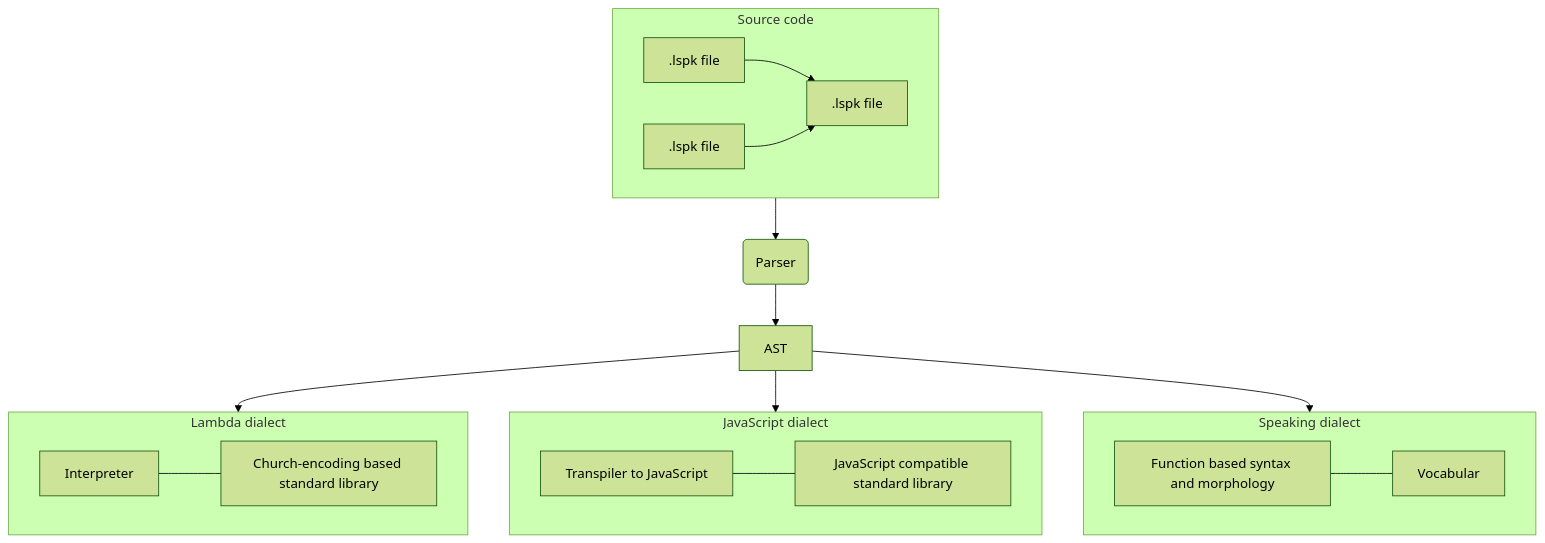
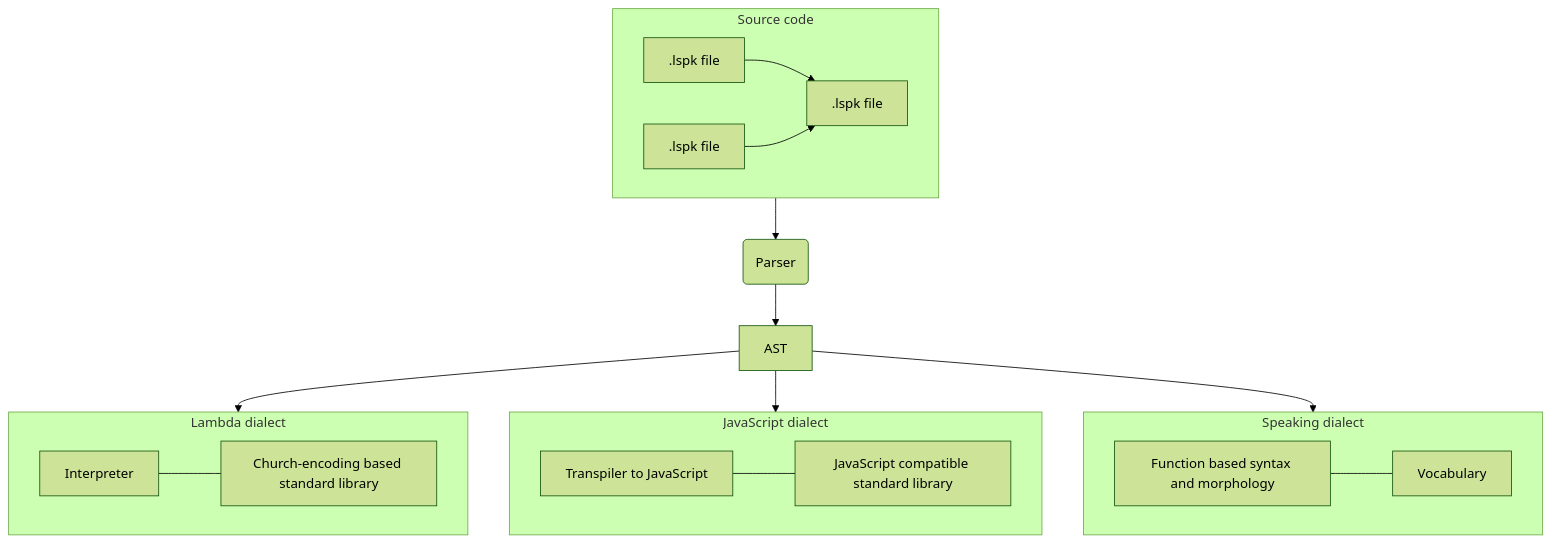
One commit to lispeak/docs changed the diagram in README.md. Above: the diagram before and after it, drawn with Mermaid (forest theme).

````diff
--- a/README.md
+++ b/README.md
@@ -14,31 +14,31 @@
 ```mermaid
 flowchart TD
  subgraph Source["Source code"]
         File1[".lspk file"]
         File2[".lspk file"]
         File3[".lspk file"]
         File1 --> File3
         File2 --> File3
   end
  subgraph HighDialect["Lambda dialect"]
         Interpreter["Interpreter"]
         HighLib["Church-encoding based standard library"]
         Interpreter --- HighLib
   end
  subgraph LowDialect["JavaScript dialect"]
         Transpiler["Transpiler to JavaScript"]
         LowLib["JavaScript compatible standard library"]
         Transpiler --- LowLib
   end
  subgraph SpeakDialect["Speaking dialect"]
         Grammar["Function based syntax and morphology"]
-        VocabularLib["Vocabular"]
+        VocabularLib["Vocabulary"]
         Grammar --- VocabularLib
   end
     AST["AST"]
     Parser("Parser")
 
     Source --> Parser
     Parser --> AST
     AST --> HighDialect & LowDialect & SpeakDialect
 ```
````
